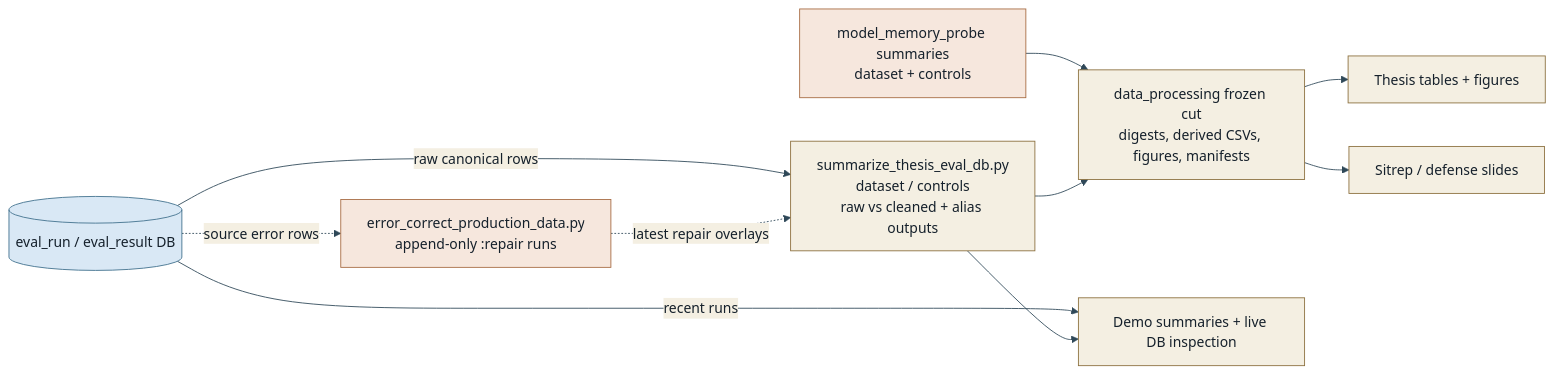
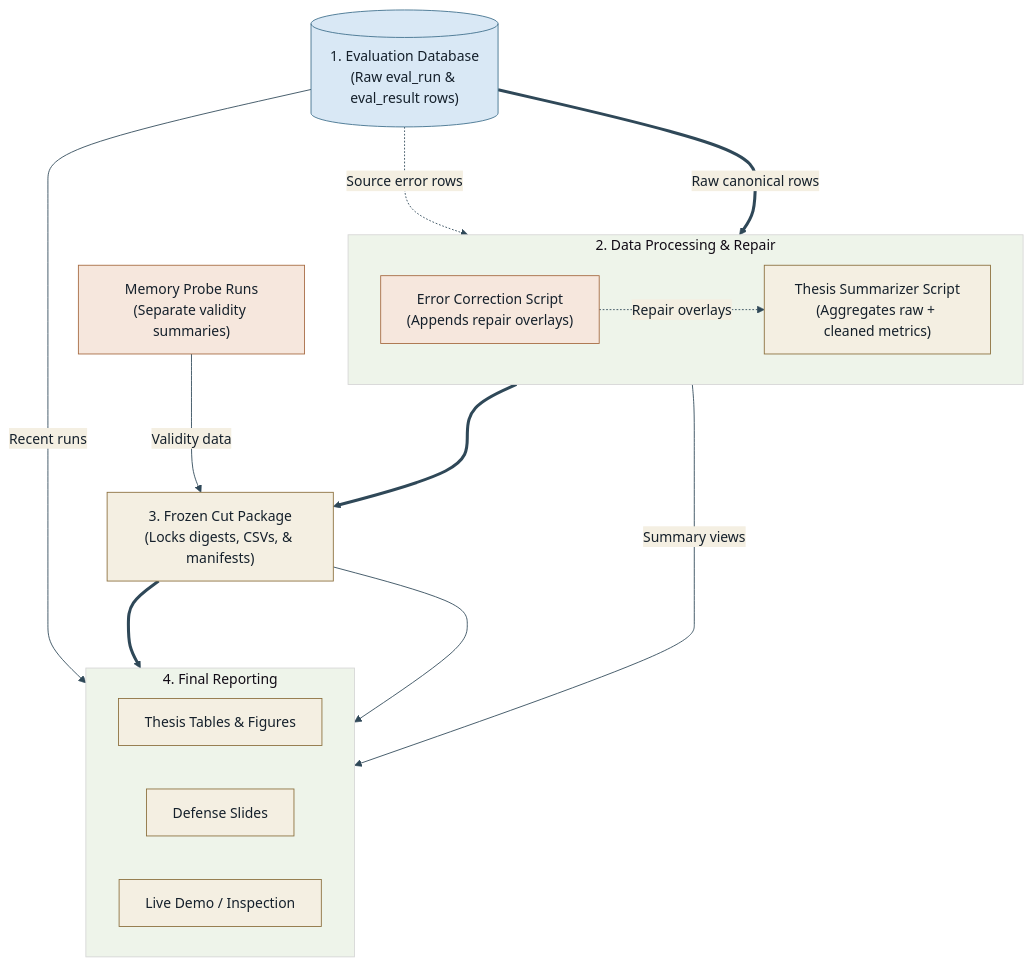
The diagram in docs/diagrams/mermaid/evaluation_outputs.mmd (Alexander-Mani/PyPI-LABS), drawn with Mermaid before and after one commit. The commit also changed 3 other files, not shown here.

First line of the commit message:
Refresh Mermaid diagram sources to match the current system shape

```diff
--- a/docs/diagrams/mermaid/evaluation_outputs.mmd
+++ b/docs/diagrams/mermaid/evaluation_outputs.mmd
@@ -1,28 +1,44 @@
 %%{init: {'theme': 'base', 'themeVariables': { 'primaryColor': '#d9e8f5', 'primaryTextColor': '#15202b', 'primaryBorderColor': '#3f6f8c', 'lineColor': '#2f4858', 'secondaryColor': '#f4efe2', 'tertiaryColor': '#eef4ea', 'fontFamily': 'Helvetica' }}}%%
-flowchart LR
+flowchart TD
     classDef service fill:#d9e8f5,stroke:#3f6f8c,stroke-width:1px,color:#15202b;
-    classDef sidecar fill:#f6e7dd,stroke:#a66a41,stroke-width:1px,color:#15202b;
+    classDef probe fill:#f6e7dd,stroke:#a66a41,stroke-width:1px,color:#15202b;
     classDef output fill:#f4efe2,stroke:#8b6f3d,stroke-width:1px,color:#15202b;
 
-    DB[("eval_run / eval_result DB")]
-    REPAIR["error_correct_production_data.py<br/>append-only :repair runs"]
-    SUM["summarize_thesis_eval_db.py<br/>dataset / controls<br/>raw vs cleaned + alias outputs"]
-    MEM["model_memory_probe summaries<br/>dataset + controls"]
-    CUT["data_processing frozen cut<br/>digests, derived CSVs, figures, manifests"]
-    THESIS["Thesis tables + figures"]
-    SLIDES["Sitrep / defense slides"]
-    DEMO["Demo summaries + live DB inspection"]
+    DB[("1. Evaluation Database<br/>(Raw eval_run & eval_result rows)")]
 
-    DB -->|raw canonical rows| SUM
-    DB -->|recent runs| DEMO
-    REPAIR -. latest repair overlays .-> SUM
-    DB -. source error rows .-> REPAIR
-    MEM --> CUT
-    SUM --> CUT
-    CUT --> THESIS
-    CUT --> SLIDES
-    SUM --> DEMO
+    subgraph PROCESSING[2. Data Processing & Repair]
+        direction LR
+        REPAIR["Error Correction Script<br/>(Appends repair overlays)"]
+        SUM["Thesis Summarizer Script<br/>(Aggregates raw + cleaned metrics)"]
+    end
+
+    MEM["Memory Probe Runs<br/>(Separate validity summaries)"]
+    CUT["3. Frozen Cut Package<br/>(Locks digests, CSVs, & manifests)"]
+
+    subgraph DELIVERABLES[4. Final Reporting]
+        direction LR
+        THESIS["Thesis Tables & Figures"]
+        SLIDES["Defense Slides"]
+        DEMO["Live Demo / Inspection"]
+    end
+
+    %% Database to Processing
+    DB -.->|Source error rows| REPAIR
+    REPAIR -.->|Repair overlays| SUM
+    DB ===>|Raw canonical rows| SUM
+    
+    %% Live inspection routes
+    DB --->|Recent runs| DEMO
+    SUM --->|Summary views| DEMO
+
+    %% To Frozen Cut
+    SUM ===> CUT
+    MEM --->|Validity data| CUT
+
+    %% To Deliverables
+    CUT ===> THESIS
+    CUT ---> SLIDES
 
     class DB service;
-    class REPAIR,MEM sidecar;
+    class REPAIR,MEM probe;
     class SUM,CUT,THESIS,SLIDES,DEMO output;
```
